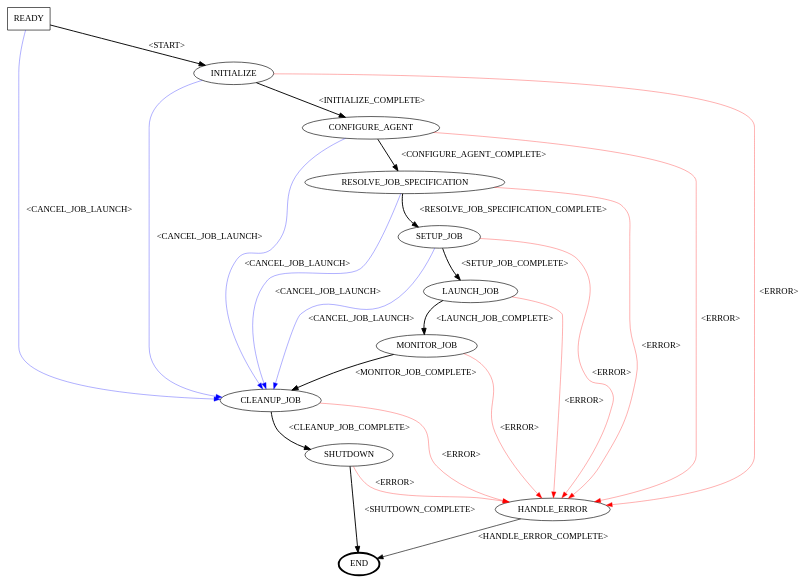
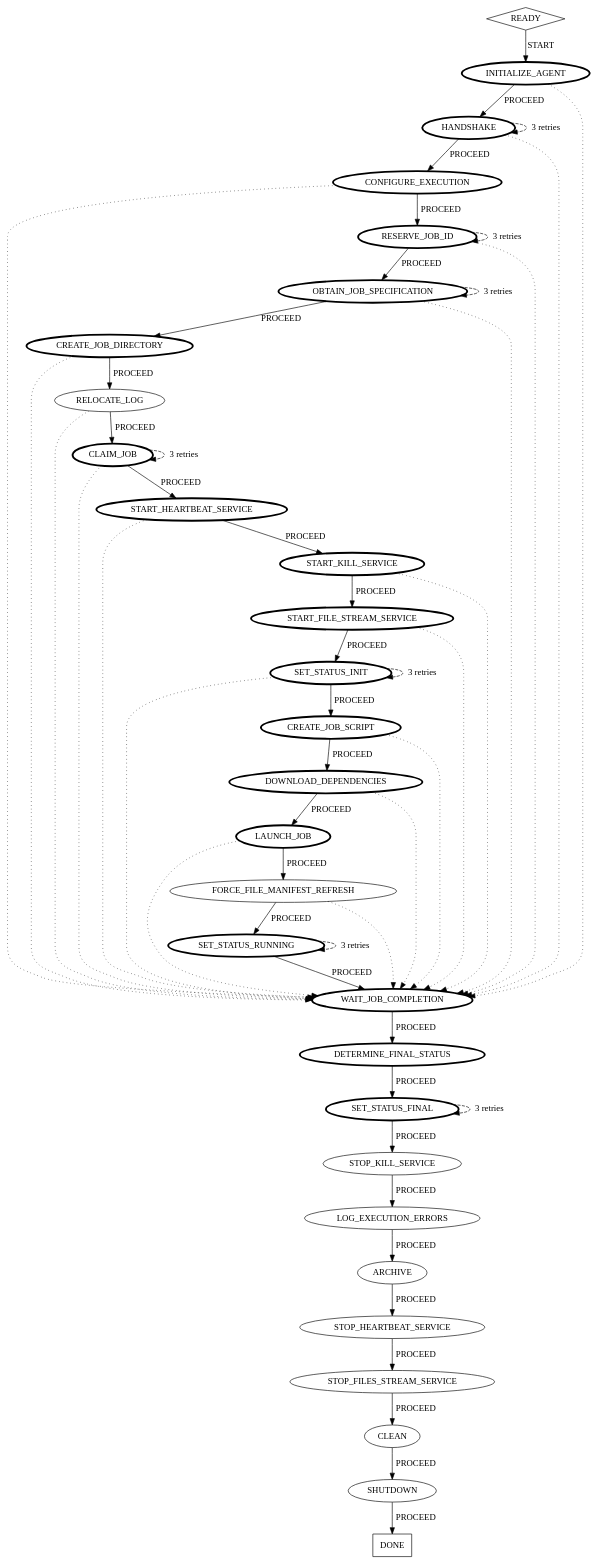
One commit to Netflix/genie changed the diagram in genie-agent/job-execution-state-machine.dot. Above: the diagram before and after it, drawn with Graphviz. The commit also changed 121 other files, not shown here.

First line of the commit message:
Agent execution state machine refactor

```diff
--- a/genie-agent/job-execution-state-machine.dot
+++ b/genie-agent/job-execution-state-machine.dot
@@ -1,68 +1,106 @@
 /*
  *
  *  Copyright 2018 Netflix, Inc.
  *
  *     Licensed under the Apache License, Version 2.0 (the "License");
  *     you may not use this file except in compliance with the License.
  *     You may obtain a copy of the License at
  *
  *         http://www.apache.org/licenses/LICENSE-2.0
  *
  *     Unless required by applicable law or agreed to in writing, software
  *     distributed under the License is distributed on an "AS IS" BASIS,
  *     WITHOUT WARRANTIES OR CONDITIONS OF ANY KIND, either express or implied.
  *     See the License for the specific language governing permissions and
  *     limitations under the License.
  *
  */
-
-digraph JobExecution {
-
-  /* States */
-  ready [label="READY", shape=box];
-  init  [label="INITIALIZE"];
-  conf_ag [label="CONFIGURE_AGENT"];
-  conf_job [label="RESOLVE_JOB_SPECIFICATION"];
-  setup [label="SETUP_JOB"];
-  launch [label="LAUNCH_JOB"];
-  monitor [label="MONITOR_JOB"];
-  cleanup [label="CLEANUP_JOB"];
-  shutdown [label="SHUTDOWN"];
-  end [label="END", penwidth=3];
-  error [label="HANDLE_ERROR"];
-
-  /* Transitions */
-  subgraph regular_execution_transitions {
-    ready -> init  [penwidth=1.5,label="<START>"];
-    init -> conf_ag [penwidth=1.5,label="<INITIALIZE_COMPLETE>"];
-    conf_ag-> conf_job [penwidth=1.5,label="<CONFIGURE_AGENT_COMPLETE>"];
-    conf_job -> setup [penwidth=1.5,label="<RESOLVE_JOB_SPECIFICATION_COMPLETE>"];
-    setup -> launch [penwidth=1.5,label="<SETUP_JOB_COMPLETE>"];
-    launch -> monitor [penwidth=1.5,label="<LAUNCH_JOB_COMPLETE>"];
-    monitor -> cleanup [penwidth=1.5,label="<MONITOR_JOB_COMPLETE>"];
-    cleanup -> shutdown [penwidth=1.5,label="<CLEANUP_JOB_COMPLETE>"];
-    shutdown -> end [penwidth=1.5,label="<SHUTDOWN_COMPLETE>"];
-  }
-
-  /* Error transitions */
-  subgraph error_transitions {
-    init -> error [color=red,penwidth=0.5,label="<ERROR>"];
-    conf_ag -> error [color=red,penwidth=0.5,label="<ERROR>"];
-    conf_job -> error [color=red,penwidth=0.5,label="<ERROR>"];
-    setup -> error [color=red,penwidth=0.5,label="<ERROR>"];
-    launch -> error [color=red,penwidth=0.5,label="<ERROR>"];
-    monitor -> error [color=red,penwidth=0.5,label="<ERROR>"];
-    cleanup -> error [color=red,penwidth=0.5,label="<ERROR>"];
-    shutdown -> error [color=red,penwidth=0.5,label="<ERROR>"];
-    error -> end [label="<HANDLE_ERROR_COMPLETE>"];
-  }
-
-  /* Job cancellation transitions */
-  subgraph cancelled_execution_transitions {
-    ready -> cleanup [color=blue,penwidth=0.5,label="<CANCEL_JOB_LAUNCH>"];
-    init -> cleanup [color=blue,penwidth=0.5,label="<CANCEL_JOB_LAUNCH>"];
-    conf_ag -> cleanup [color=blue,penwidth=0.5,label="<CANCEL_JOB_LAUNCH>"];
-    conf_job -> cleanup [color=blue,penwidth=0.5,label="<CANCEL_JOB_LAUNCH>"];
-    setup -> cleanup [color=blue,penwidth=0.5,label="<CANCEL_JOB_LAUNCH>"];
-  }
+//
+// Generated with genie-agent.jar info --state-machine
+//
+digraph state_machine {
+  // States
+  HANDSHAKE [label=HANDSHAKE  penwidth=3.0]
+  CREATE_JOB_DIRECTORY [label=CREATE_JOB_DIRECTORY  penwidth=3.0]
+  LOG_EXECUTION_ERRORS [label=LOG_EXECUTION_ERRORS  ]
+  OBTAIN_JOB_SPECIFICATION [label=OBTAIN_JOB_SPECIFICATION  penwidth=3.0]
+  DETERMINE_FINAL_STATUS [label=DETERMINE_FINAL_STATUS  penwidth=3.0]
+  LAUNCH_JOB [label=LAUNCH_JOB  penwidth=3.0]
+  DOWNLOAD_DEPENDENCIES [label=DOWNLOAD_DEPENDENCIES  penwidth=3.0]
+  CONFIGURE_EXECUTION [label=CONFIGURE_EXECUTION  penwidth=3.0]
+  START_FILE_STREAM_SERVICE [label=START_FILE_STREAM_SERVICE  penwidth=3.0]
+  SET_STATUS_RUNNING [label=SET_STATUS_RUNNING  penwidth=3.0]
+  SET_STATUS_INIT [label=SET_STATUS_INIT  penwidth=3.0]
+  DONE [label=DONE shape=rectangle ]
+  WAIT_JOB_COMPLETION [label=WAIT_JOB_COMPLETION  penwidth=3.0]
+  CLAIM_JOB [label=CLAIM_JOB  penwidth=3.0]
+  CLEAN [label=CLEAN  ]
+  ARCHIVE [label=ARCHIVE  ]
+  READY [label=READY shape=diamond ]
+  SET_STATUS_FINAL [label=SET_STATUS_FINAL  penwidth=3.0]
+  CREATE_JOB_SCRIPT [label=CREATE_JOB_SCRIPT  penwidth=3.0]
+  RELOCATE_LOG [label=RELOCATE_LOG  ]
+  STOP_KILL_SERVICE [label=STOP_KILL_SERVICE  ]
+  FORCE_FILE_MANIFEST_REFRESH [label=FORCE_FILE_MANIFEST_REFRESH  ]
+  SHUTDOWN [label=SHUTDOWN  ]
+  STOP_HEARTBEAT_SERVICE [label=STOP_HEARTBEAT_SERVICE  ]
+  START_HEARTBEAT_SERVICE [label=START_HEARTBEAT_SERVICE  penwidth=3.0]
+  RESERVE_JOB_ID [label=RESERVE_JOB_ID  penwidth=3.0]
+  START_KILL_SERVICE [label=START_KILL_SERVICE  penwidth=3.0]
+  STOP_FILES_STREAM_SERVICE [label=STOP_FILES_STREAM_SERVICE  ]
+  INITIALIZE_AGENT [label=INITIALIZE_AGENT  penwidth=3.0]
+  // Transitions
+  READY -> INITIALIZE_AGENT [label="START"]
+  SHUTDOWN -> DONE [label="PROCEED"]
+  INITIALIZE_AGENT -> HANDSHAKE [label="PROCEED"]
+  HANDSHAKE -> CONFIGURE_EXECUTION [label="PROCEED"]
+  CONFIGURE_EXECUTION -> RESERVE_JOB_ID [label="PROCEED"]
+  RESERVE_JOB_ID -> OBTAIN_JOB_SPECIFICATION [label="PROCEED"]
+  OBTAIN_JOB_SPECIFICATION -> CREATE_JOB_DIRECTORY [label="PROCEED"]
+  CREATE_JOB_DIRECTORY -> RELOCATE_LOG [label="PROCEED"]
+  RELOCATE_LOG -> CLAIM_JOB [label="PROCEED"]
+  CLAIM_JOB -> START_HEARTBEAT_SERVICE [label="PROCEED"]
+  START_HEARTBEAT_SERVICE -> START_KILL_SERVICE [label="PROCEED"]
+  START_KILL_SERVICE -> START_FILE_STREAM_SERVICE [label="PROCEED"]
+  START_FILE_STREAM_SERVICE -> SET_STATUS_INIT [label="PROCEED"]
+  SET_STATUS_INIT -> CREATE_JOB_SCRIPT [label="PROCEED"]
+  CREATE_JOB_SCRIPT -> DOWNLOAD_DEPENDENCIES [label="PROCEED"]
+  DOWNLOAD_DEPENDENCIES -> LAUNCH_JOB [label="PROCEED"]
+  LAUNCH_JOB -> FORCE_FILE_MANIFEST_REFRESH [label="PROCEED"]
+  FORCE_FILE_MANIFEST_REFRESH -> SET_STATUS_RUNNING [label="PROCEED"]
+  SET_STATUS_RUNNING -> WAIT_JOB_COMPLETION [label="PROCEED"]
+  WAIT_JOB_COMPLETION -> DETERMINE_FINAL_STATUS [label="PROCEED"]
+  DETERMINE_FINAL_STATUS -> SET_STATUS_FINAL [label="PROCEED"]
+  SET_STATUS_FINAL -> STOP_KILL_SERVICE [label="PROCEED"]
+  STOP_KILL_SERVICE -> LOG_EXECUTION_ERRORS [label="PROCEED"]
+  LOG_EXECUTION_ERRORS -> ARCHIVE [label="PROCEED"]
+  ARCHIVE -> STOP_HEARTBEAT_SERVICE [label="PROCEED"]
+  STOP_HEARTBEAT_SERVICE -> STOP_FILES_STREAM_SERVICE [label="PROCEED"]
+  STOP_FILES_STREAM_SERVICE -> CLEAN [label="PROCEED"]
+  CLEAN -> SHUTDOWN [label="PROCEED"]
+  // Skip transitions
+  INITIALIZE_AGENT -> WAIT_JOB_COMPLETION [style=dotted]
+  HANDSHAKE -> WAIT_JOB_COMPLETION [style=dotted]
+  CONFIGURE_EXECUTION -> WAIT_JOB_COMPLETION [style=dotted]
+  RESERVE_JOB_ID -> WAIT_JOB_COMPLETION [style=dotted]
+  OBTAIN_JOB_SPECIFICATION -> WAIT_JOB_COMPLETION [style=dotted]
+  CREATE_JOB_DIRECTORY -> WAIT_JOB_COMPLETION [style=dotted]
+  RELOCATE_LOG -> WAIT_JOB_COMPLETION [style=dotted]
+  CLAIM_JOB -> WAIT_JOB_COMPLETION [style=dotted]
+  START_HEARTBEAT_SERVICE -> WAIT_JOB_COMPLETION [style=dotted]
+  START_KILL_SERVICE -> WAIT_JOB_COMPLETION [style=dotted]
+  START_FILE_STREAM_SERVICE -> WAIT_JOB_COMPLETION [style=dotted]
+  SET_STATUS_INIT -> WAIT_JOB_COMPLETION [style=dotted]
+  CREATE_JOB_SCRIPT -> WAIT_JOB_COMPLETION [style=dotted]
+  DOWNLOAD_DEPENDENCIES -> WAIT_JOB_COMPLETION [style=dotted]
+  LAUNCH_JOB -> WAIT_JOB_COMPLETION [style=dotted]
+  FORCE_FILE_MANIFEST_REFRESH -> WAIT_JOB_COMPLETION [style=dotted]
+  // Retry transitions
+  HANDSHAKE -> HANDSHAKE [style=dashed label="3 retries"]
+  RESERVE_JOB_ID -> RESERVE_JOB_ID [style=dashed label="3 retries"]
+  OBTAIN_JOB_SPECIFICATION -> OBTAIN_JOB_SPECIFICATION [style=dashed label="3 retries"]
+  CLAIM_JOB -> CLAIM_JOB [style=dashed label="3 retries"]
+  SET_STATUS_INIT -> SET_STATUS_INIT [style=dashed label="3 retries"]
+  SET_STATUS_RUNNING -> SET_STATUS_RUNNING [style=dashed label="3 retries"]
+  SET_STATUS_FINAL -> SET_STATUS_FINAL [style=dashed label="3 retries"]
 }
```
